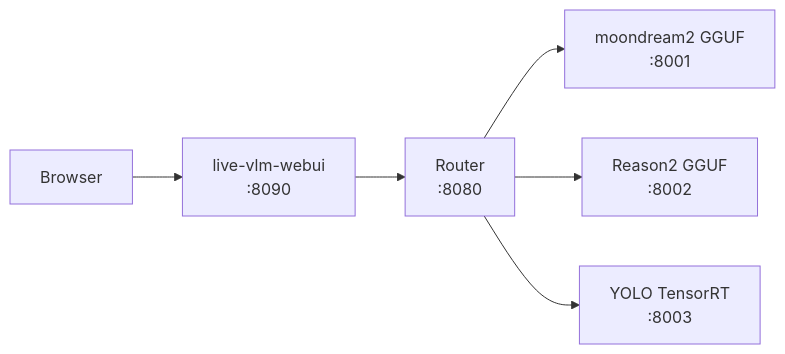
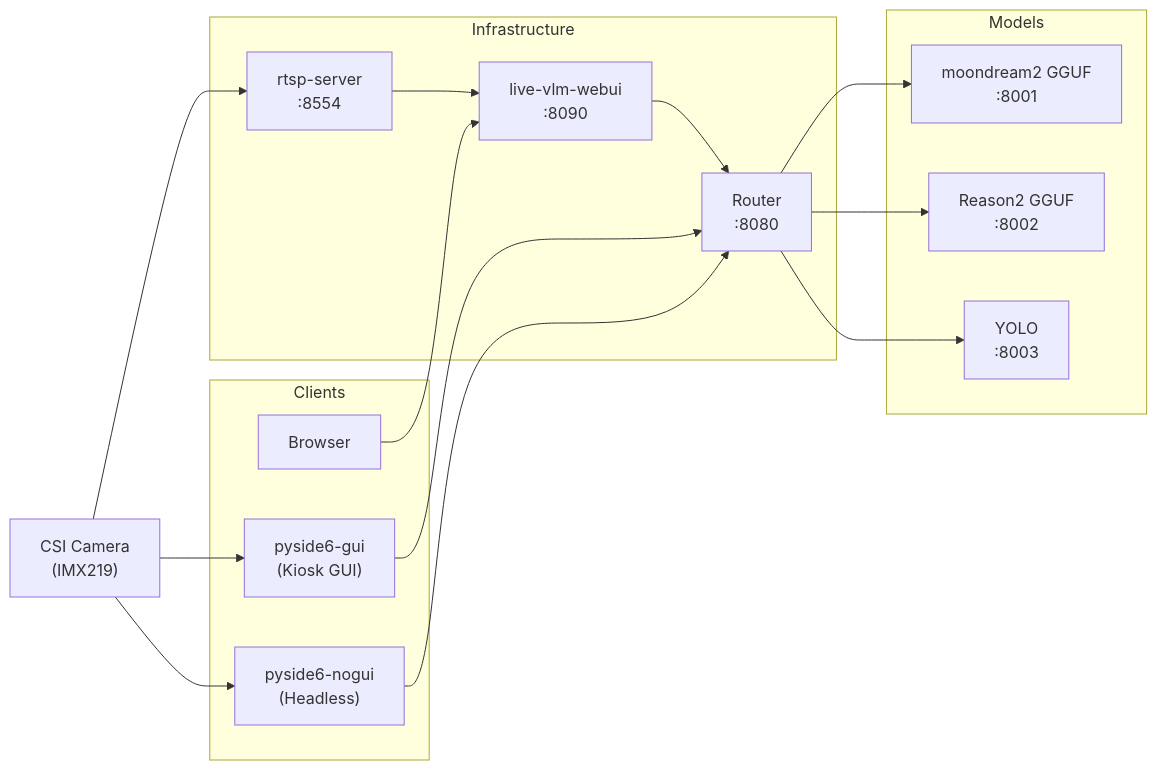
One commit to ccbruce0812/nikko-vlm-webui changed the diagram in readme.md. Above: the diagram before and after it, drawn with Mermaid. The commit also changed 2 other files, not shown here.

Commit message:
Update mermaids.

````diff
--- a/readme.md
+++ b/readme.md
@@ -9,14 +9,32 @@
 ```mermaid
 flowchart LR
-    Browser["Browser"]
-    WebUI["live-vlm-webui<br/>:8090"]
-    Router["Router<br/>:8080"]
-    Moon["moondream2 GGUF<br/>:8001"]
-    Cosmos["Reason2 GGUF<br/>:8002"]
-    YOLO["YOLO TensorRT<br/>:8003"]
+    subgraph Clients["Clients"]
+        Browser["Browser"]
+        Kiosk["pyside6-gui<br/>(Kiosk GUI)"]
+        Nogui["pyside6-nogui<br/>(Headless)"]
+    end
+
+    subgraph Infra["Infrastructure"]
+        WebUI["live-vlm-webui<br/>:8090"]
+        RTSP["rtsp-server<br/>:8554"]
+        Router["Router<br/>:8080"]
+    end
+
+    subgraph Models["Models"]
+        Moon["moondream2 GGUF<br/>:8001"]
+        Cosmos["Reason2 GGUF<br/>:8002"]
+        YOLO["YOLO<br/>:8003"]
+    end
+
+    CSI["CSI Camera<br/>(IMX219)"]
 
     Browser --> WebUI --> Router
+    CSI --> RTSP --> WebUI
+    CSI --> Kiosk
+    CSI --> Nogui
+    Kiosk --> Router
+    Nogui --> Router
     Router --> Moon
     Router --> Cosmos
     Router --> YOLO
 ```
````
